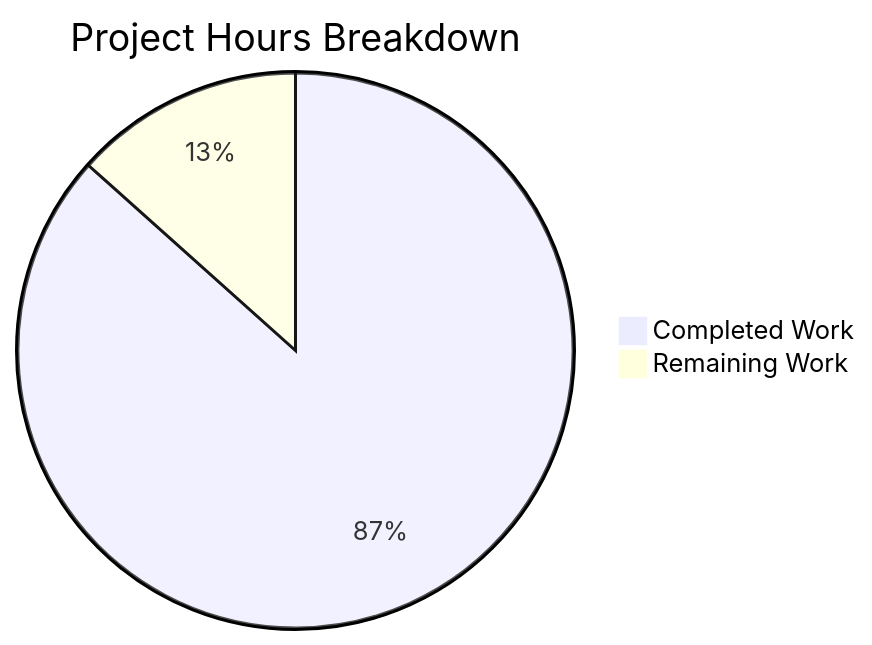
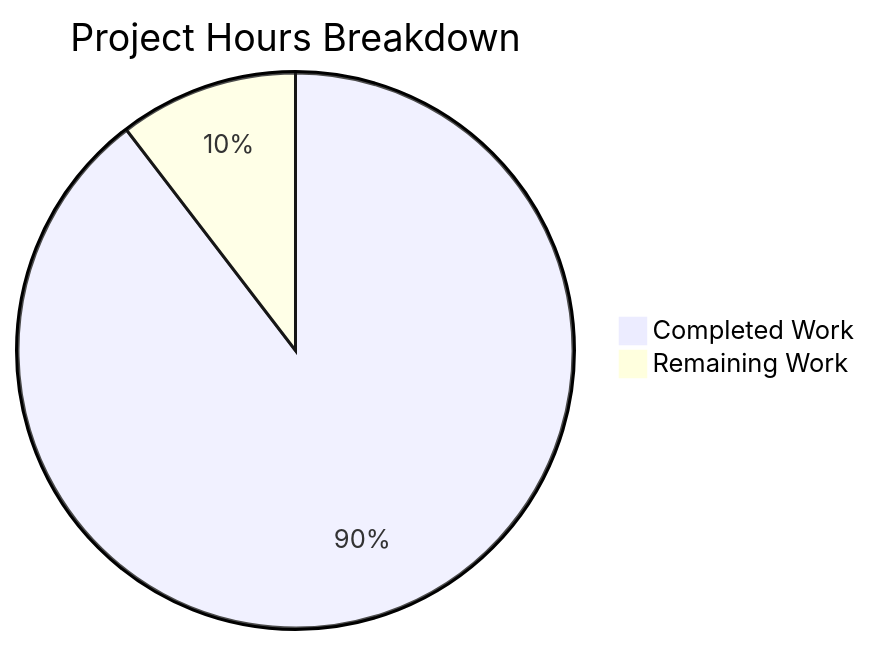
The second of 2 diagrams in blitzy/documentation/Project Guide.md (Blitzy-Sandbox/blitzy-RudderStack), drawn with Mermaid before and after one commit. The commit also changed other lines of this file, not shown here.

Commit message:
Adding Blitzy Project Guide: Project Status and Human Tasks Remaining

````diff
--- a/blitzy/documentation/Project Guide.md
+++ b/blitzy/documentation/Project Guide.md
@@ -215,5 +212,5 @@
 ```mermaid
 pie title Project Hours Breakdown
-    "Completed Work" : 110
-    "Remaining Work" : 17
+    "Completed Work" : 155
+    "Remaining Work" : 18
 ```
````
